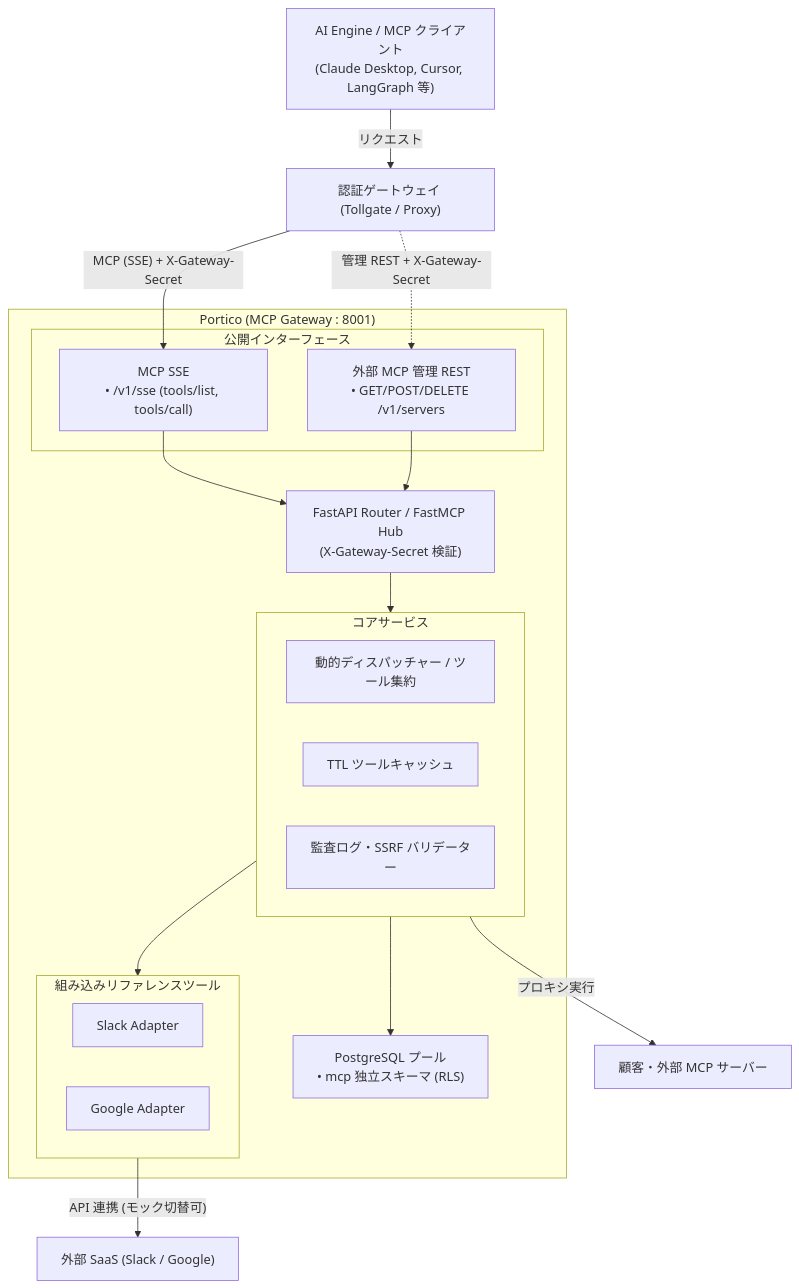
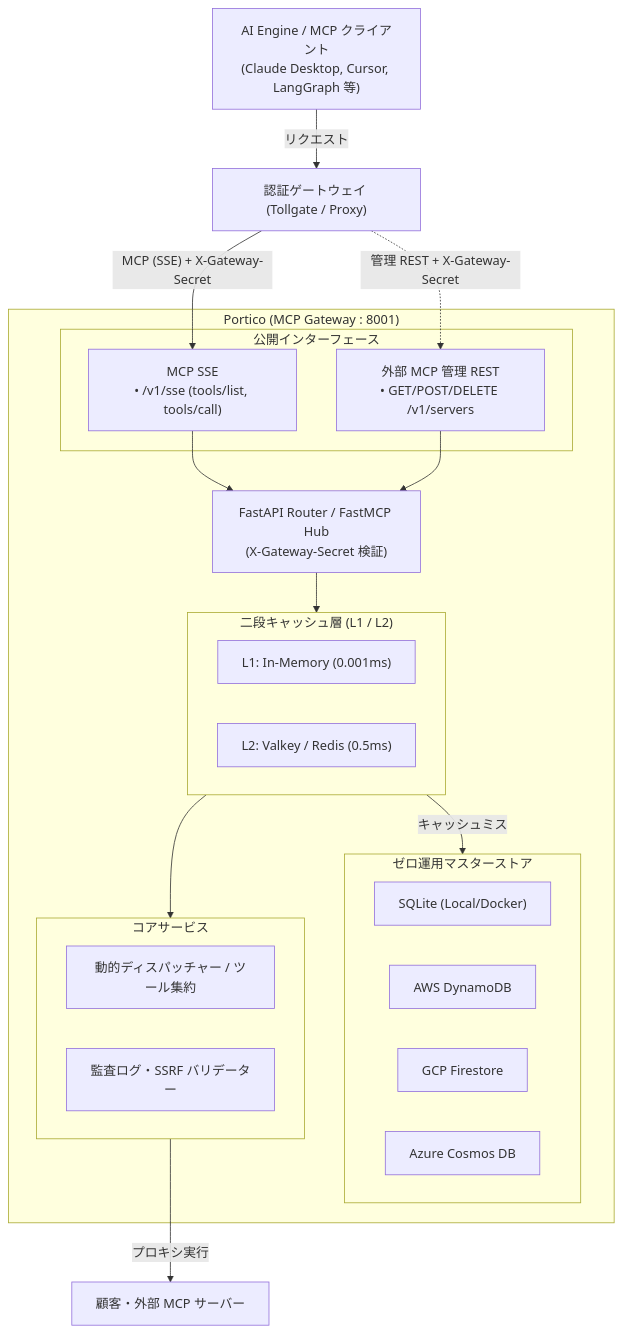
The diagram in README.md (northfieldzz/portico), drawn with Mermaid before and after one commit. The commit also changed other lines of this file and 35 other files, not shown here.

Commit message:
feat: implement core MCP gateway with pluggable storage backends, multi-tier caching, and server management

````diff
--- a/README.md
+++ b/README.md
@@ -61,44 +62,45 @@
 ```mermaid
 flowchart TD
     AI["AI Engine / MCP クライアント<br/>(Claude Desktop, Cursor, LangGraph 等)"]
     GW["認証ゲートウェイ (Tollgate / Proxy)"]
     
     subgraph Portico ["Portico (MCP Gateway : 8001)"]
         ROUTER["FastAPI Router / FastMCP Hub<br/>(X-Gateway-Secret 検証)"]
         
         subgraph Endpoints ["公開インターフェース"]
             SSE["MCP SSE<br/>• /v1/sse (tools/list, tools/call)"]
             MGMT["外部 MCP 管理 REST<br/>• GET/POST/DELETE /v1/servers"]
         end
         
+        subgraph CacheLayer ["二段キャッシュ層 (L1 / L2)"]
+            L1["L1: In-Memory (0.001ms)"]
+            L2["L2: Valkey / Redis (0.5ms)"]
+        end
+        
+        subgraph MasterStore ["ゼロ運用マスターストア"]
+            SQLITE["SQLite (Local/Docker)"]
+            DYNAMO["AWS DynamoDB"]
+            GCP["GCP Firestore"]
+            COSMOS["Azure Cosmos DB"]
+        end
+        
         subgraph CoreServices ["コアサービス"]
             DISPATCH["動的ディスパッチャー / ツール集約"]
-            CACHE["TTL ツールキャッシュ"]
             AUDIT["監査ログ・SSRF バリデーター"]
         end
-        
-        subgraph Adapters ["組み込みリファレンスツール"]
-            SLACK["Slack Adapter"]
-            GOOGLE["Google Adapter"]
-        end
-        
-        DB_POOL["PostgreSQL プール<br/>• mcp 独立スキーマ (RLS)"]
     end
     
-    EXT_SaaS["外部 SaaS (Slack / Google)"]
     EXT_MCP["顧客・外部 MCP サーバー"]
 
     AI -->|"リクエスト"| GW
     GW -->|"MCP (SSE) + X-Gateway-Secret"| SSE
     GW -.->|"管理 REST + X-Gateway-Secret"| MGMT
     
     SSE --> ROUTER
     MGMT --> ROUTER
-    ROUTER --> CoreServices
+    ROUTER --> CacheLayer
+    CacheLayer -- キャッシュミス --> MasterStore
+    CacheLayer --> CoreServices
     
-    CoreServices --> Adapters
-    CoreServices --> DB_POOL
     CoreServices -->|"プロキシ実行"| EXT_MCP
-    
-    Adapters -->|"API 連携 (モック切替可)"| EXT_SaaS
 ```
````
